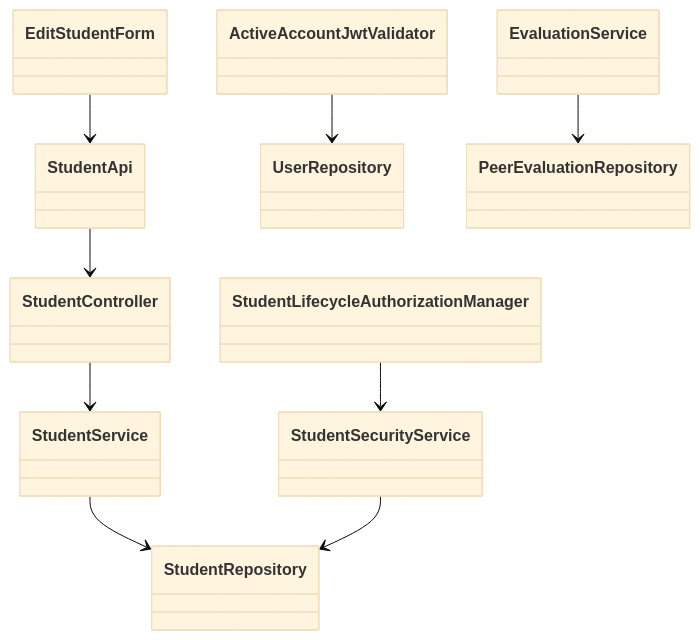
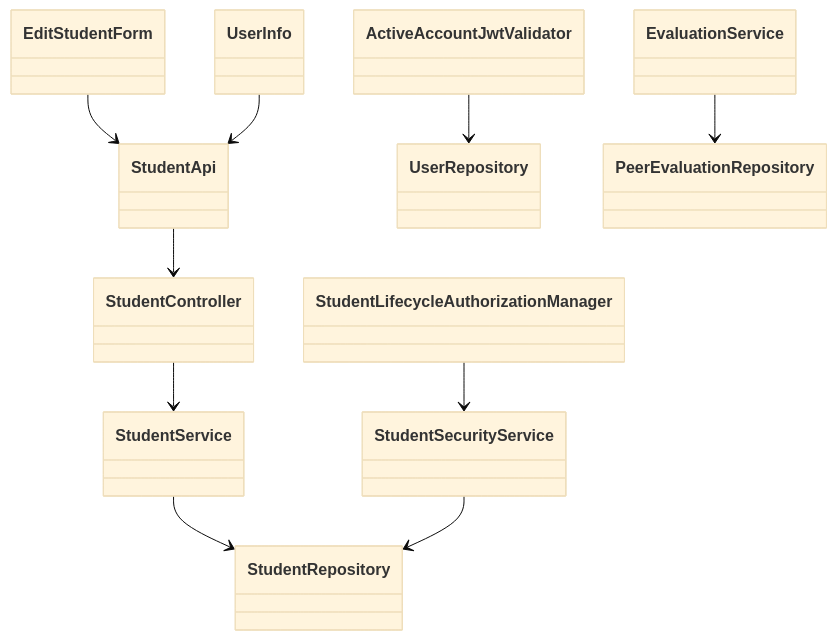
One commit to Fizzn0/add-a-use-case changed the first of 3 diagrams in docs/design/stu.md. Above: the diagram before and after it, drawn with Mermaid (base theme). The commit also changed other lines of this file and 4 other files, not shown here.

````diff
--- a/docs/design/stu.md
+++ b/docs/design/stu.md
@@ -33,11 +33,12 @@
 ```mermaid
 classDiagram
     EditStudentForm --> StudentApi
+    UserInfo --> StudentApi
     StudentApi --> StudentController
     StudentController --> StudentService
     StudentService --> StudentRepository
     StudentLifecycleAuthorizationManager --> StudentSecurityService
     StudentSecurityService --> StudentRepository
     ActiveAccountJwtValidator --> UserRepository
     EvaluationService --> PeerEvaluationRepository
 ```
````
